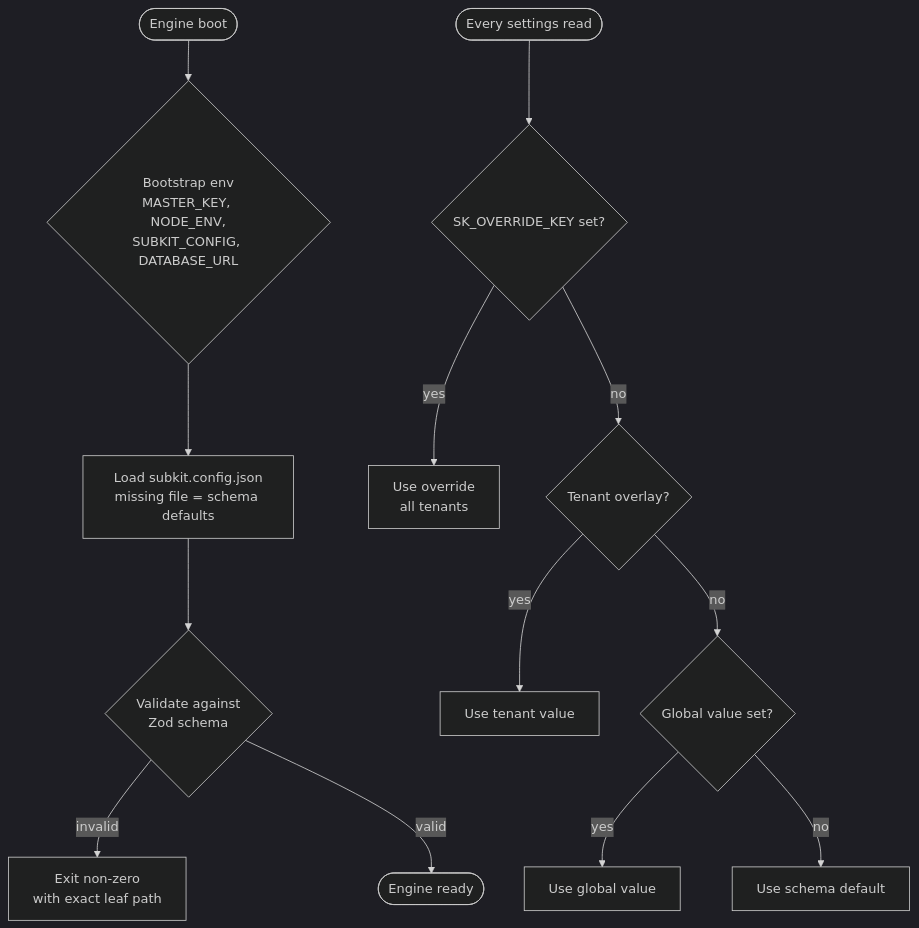
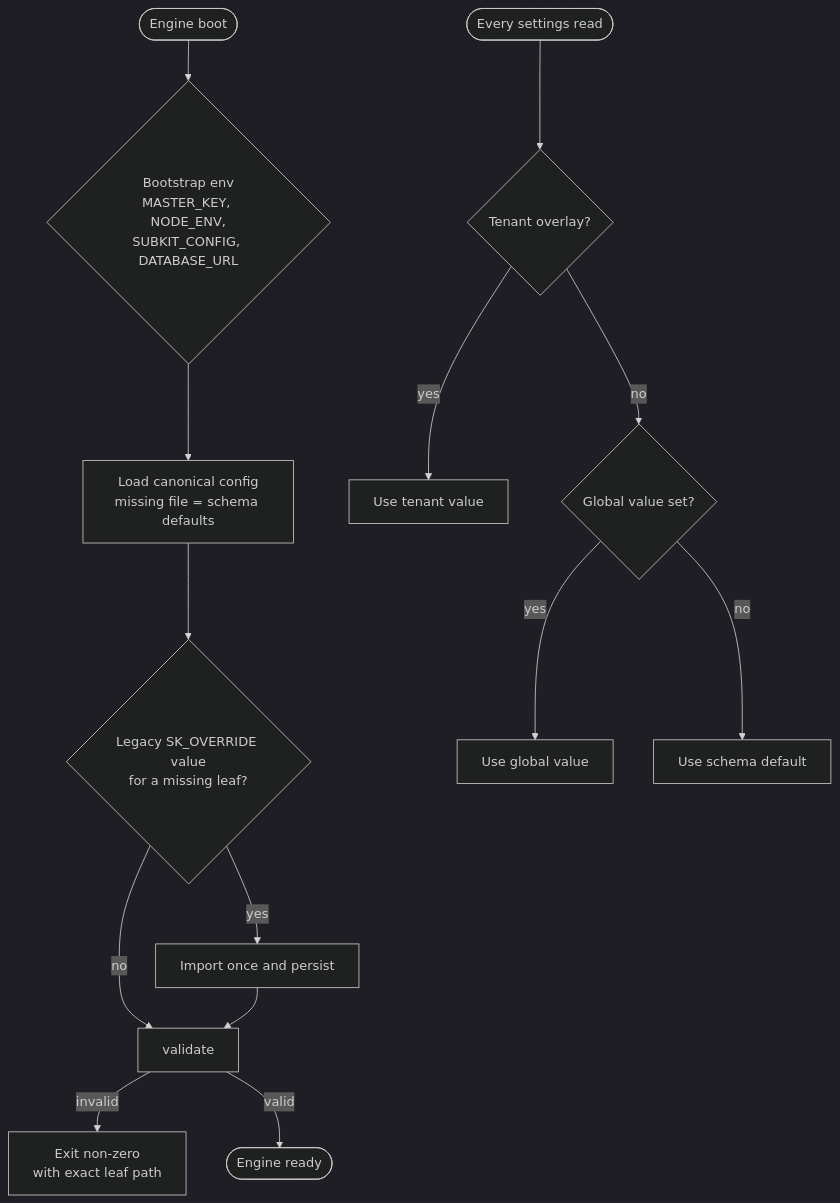
Before and after one commit to MikeBild/subkit: the diagram in docs/admins/configuration.md, drawn with Mermaid (dark theme). The commit also changed other lines of this file and 61 other files, not shown here.

Commit message:
feat(settings): align MCP cockpit and runtime config

````diff
--- a/docs/admins/configuration.md
+++ b/docs/admins/configuration.md
@@ -22,16 +25,17 @@
 ```mermaid
 flowchart TB
     boot([Engine boot]) --> env{Bootstrap env\nMASTER_KEY, NODE_ENV,\nSUBKIT_CONFIG, DATABASE_URL}
-    env --> load[Load subkit.config.json\nmissing file = schema defaults]
-    load --> validate{Validate against\nZod schema}
+    env --> load[Load canonical config\nmissing file = schema defaults]
+    load --> legacy{Legacy SK_OVERRIDE value\nfor a missing leaf?}
+    legacy -- yes --> import[Import once and persist]
+    legacy -- no --> validate
+    import --> validate
     validate -- invalid --> fail[Exit non-zero\nwith exact leaf path]
     validate -- valid --> ready([Engine ready])
 
-    read([Every settings read]) --> o{SK_OVERRIDE_KEY set?}
-    o -- yes --> useo[Use override\nall tenants]
-    o -- no --> t{Tenant overlay?}
+    read([Every settings read]) --> t{Tenant overlay?}
     t -- yes --> uset[Use tenant value]
     t -- no --> g{Global value set?}
     g -- yes --> useg[Use global value]
     g -- no --> d[Use schema default]
 ```
````
